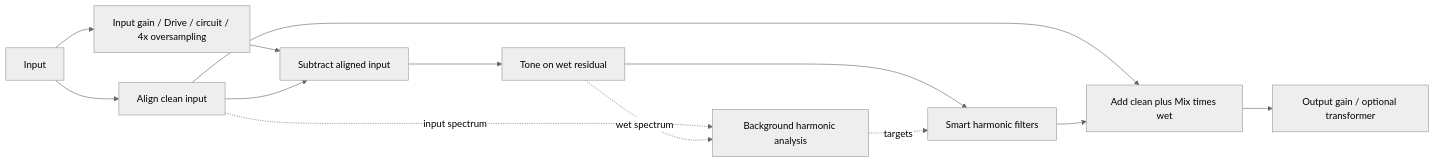
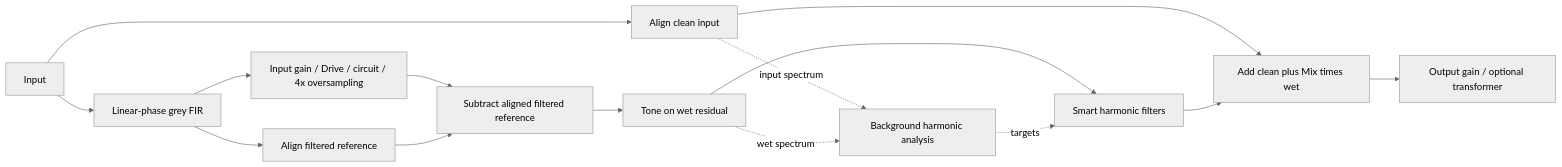
The diagram in projects/ZaoDrive/SMART.md (javelinmaxx/JUCE), drawn with Mermaid (neutral theme) before and after one commit. The commit also changed other lines of this file and 36 other files, not shown here.

Commit message:
Add linear-phase grey contour to Zao wet-driver input

````diff
--- a/projects/ZaoDrive/SMART.md
+++ b/projects/ZaoDrive/SMART.md
@@ -7,15 +7,17 @@
 ```mermaid
 flowchart LR
     I[Input] --> D[Align clean input]
-    I --> G[Input gain / Drive / circuit / 4x oversampling]
-    G --> S[Subtract aligned input]
-    D --> S
+    I --> F[Linear-phase grey FIR]
+    F --> G[Input gain / Drive / circuit / 4x oversampling]
+    G --> S[Subtract aligned filtered reference]
+    F --> R[Align filtered reference]
+    R --> S
     S --> T[Tone on wet residual]
     T --> H[Smart harmonic filters]
     D --> A[Add clean plus Mix times wet]
     H --> A
     A --> O[Output gain / optional transformer]
     D -. input spectrum .-> W[Background harmonic analysis]
     T -. wet spectrum .-> W
     W -. targets .-> H
 ```
````
